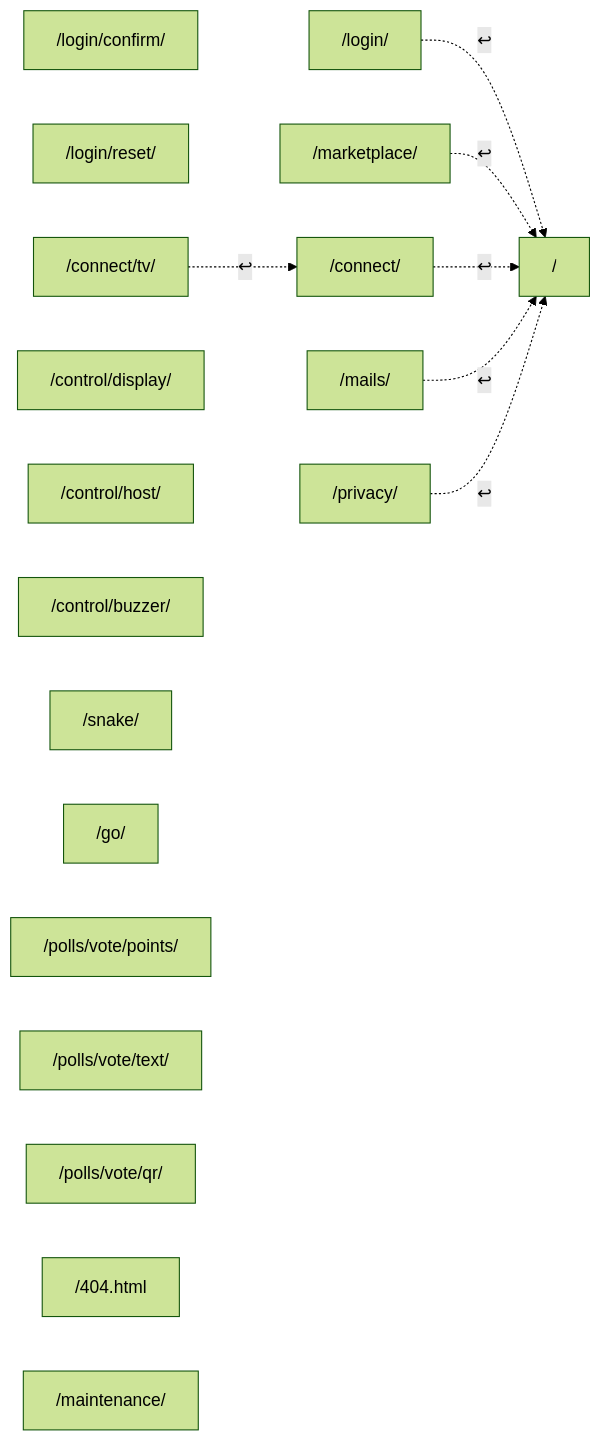
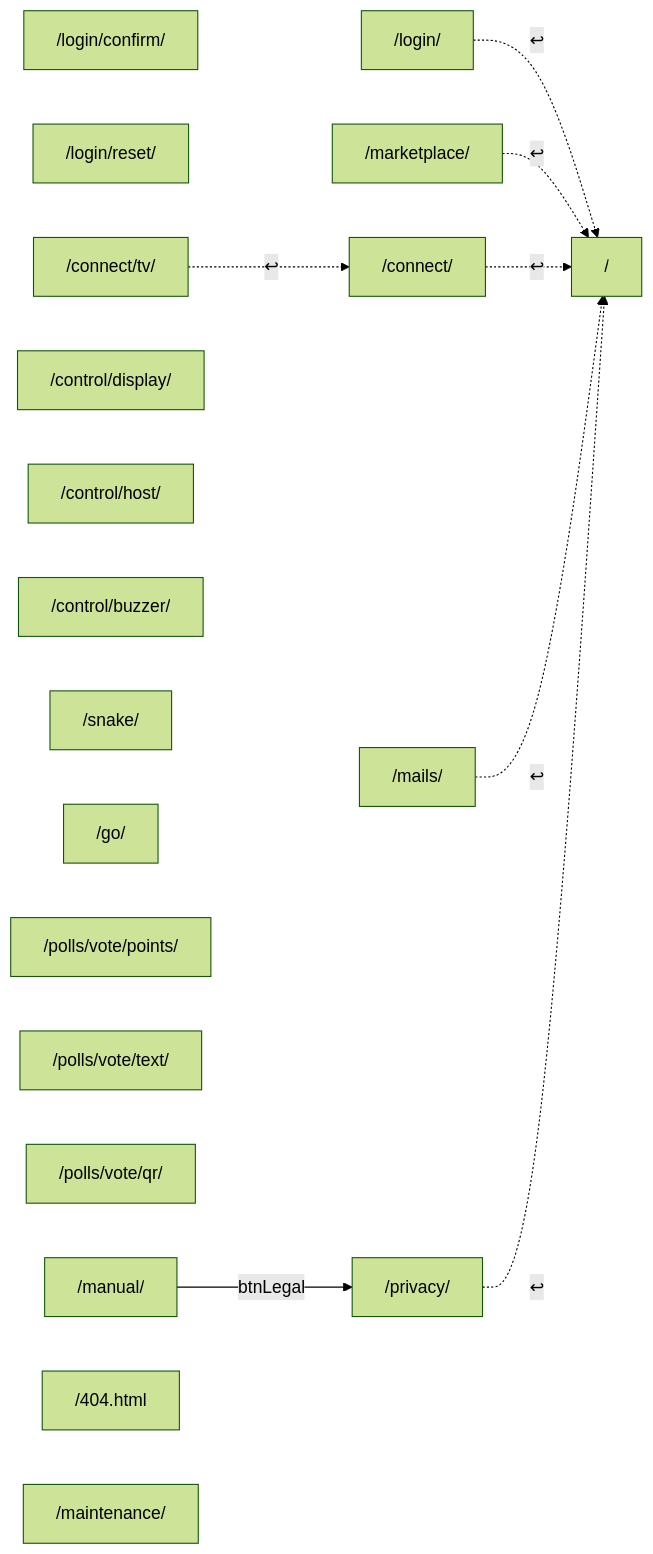
Before and after one commit to Andrish97/familiada: the fourth of 9 diagrams in docs/nawigacja-mapa-plan.md, drawn with Mermaid (forest theme). The commit also changed other lines of this file and 11 other files, not shown here.

````diff
--- a/docs/nawigacja-mapa-plan.md
+++ b/docs/nawigacja-mapa-plan.md
@@ -611,28 +611,30 @@
 ```mermaid
 flowchart LR
   home["/"]
   login["/login/"]
   loginConfirm["/login/confirm/"]
   loginReset["/login/reset/"]
   marketplace["/marketplace/"]
   connectDevice["/connect/"]
   connectTv["/connect/tv/"]
   controlDisplay["/control/display/"]
   controlHost["/control/host/"]
   controlBuzzer["/control/buzzer/"]
   snake["/snake/"]
   go["/go/"]
   pollVotePoints["/polls/vote/points/"]
   pollVoteText["/polls/vote/text/"]
   pollVoteQr["/polls/vote/qr/"]
+  manual["/manual/"]
   mailCenter["/mails/"]
   privacy["/privacy/"]
   notFound["/404.html"]
   maintenance["/maintenance/"]
+  manual -->|btnLegal| privacy
   login -.->|↩| home
   marketplace -.->|↩| home
   connectDevice -.->|↩| home
   connectTv -.->|↩| connectDevice
   mailCenter -.->|↩| home
   privacy -.->|↩| home
 ```
````
